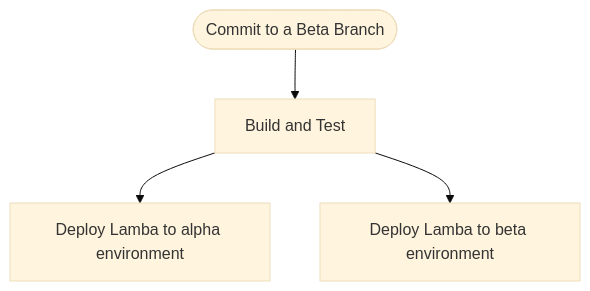
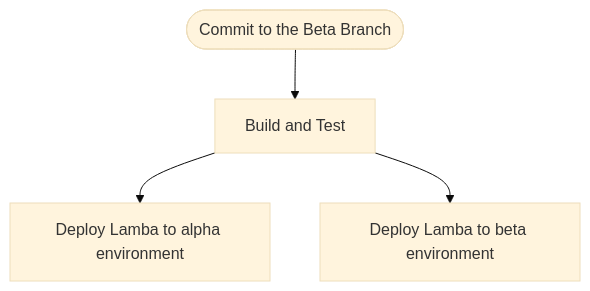
The second of 3 diagrams in .github/workflows/README.md (bogeorge/githubworkflow), drawn with Mermaid (base theme) before and after one commit. The commit also changed other lines of this file, not shown here.

````diff
--- a/.github/workflows/README.md
+++ b/.github/workflows/README.md
@@ -36,7 +36,7 @@
 ```mermaid
 graph TD;
-    id1([Commit to a Beta Branch])
+    id1([Commit to the Beta Branch])
     -->id2[Build and Test]
     id2 --> id3[Deploy Lamba to alpha environment]
     id2 --> id4[Deploy Lamba to beta environment]
 ```   
````
